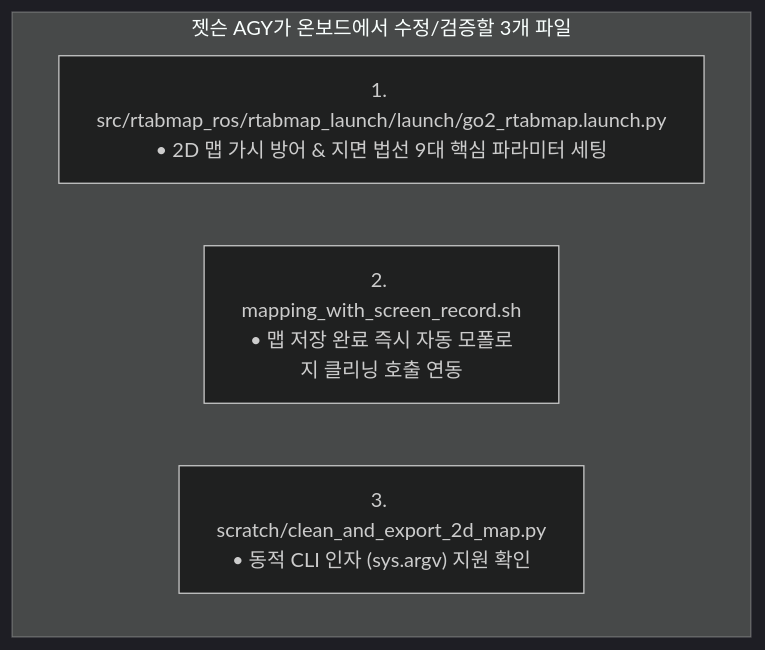
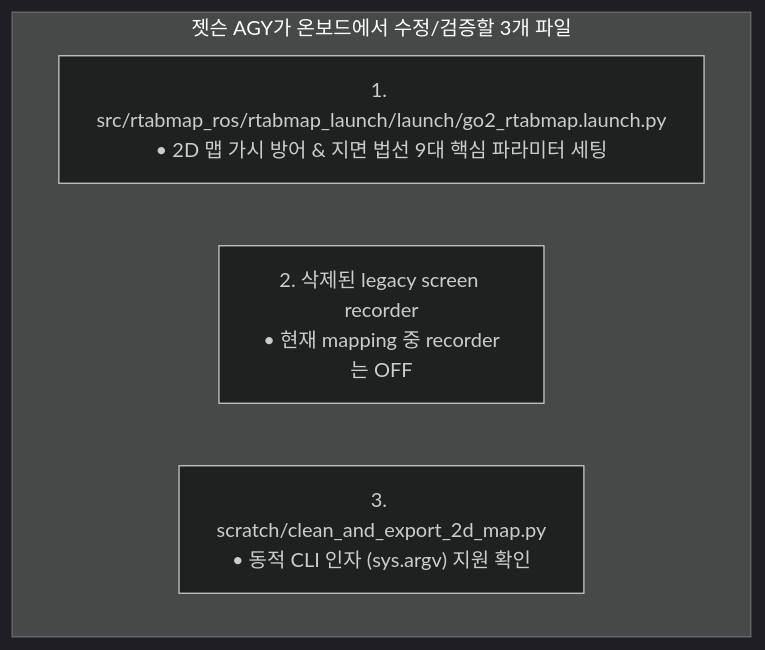
One commit to CGV-HGU/go2_ws changed the diagram in docs/jetson_plan/07_jetson_rtabmap_2d_clean_map_parameter_tuning_directive.md. Above: the diagram before and after it, drawn with Mermaid (dark theme). The commit also changed other lines of this file and 58 other files, not shown here.

````diff
--- a/docs/jetson_plan/07_jetson_rtabmap_2d_clean_map_parameter_tuning_directive.md
+++ b/docs/jetson_plan/07_jetson_rtabmap_2d_clean_map_parameter_tuning_directive.md
@@ -13,8 +15,8 @@
 ```mermaid
 graph TD
     subgraph "젯슨 AGY가 온보드에서 수정/검증할 3개 파일"
         F1["1. src/rtabmap_ros/rtabmap_launch/launch/go2_rtabmap.launch.py<br/>• 2D 맵 가시 방어 & 지면 법선 9대 핵심 파라미터 세팅"]
-        F2["2. mapping_with_screen_record.sh<br/>• 맵 저장 완료 즉시 자동 모폴로지 클리닝 호출 연동"]
+        F2["2. 삭제된 legacy screen recorder<br/>• 현재 mapping 중 recorder는 OFF"]
         F3["3. scratch/clean_and_export_2d_map.py<br/>• 동적 CLI 인자 (sys.argv) 지원 확인"]
     end
 ```
````
